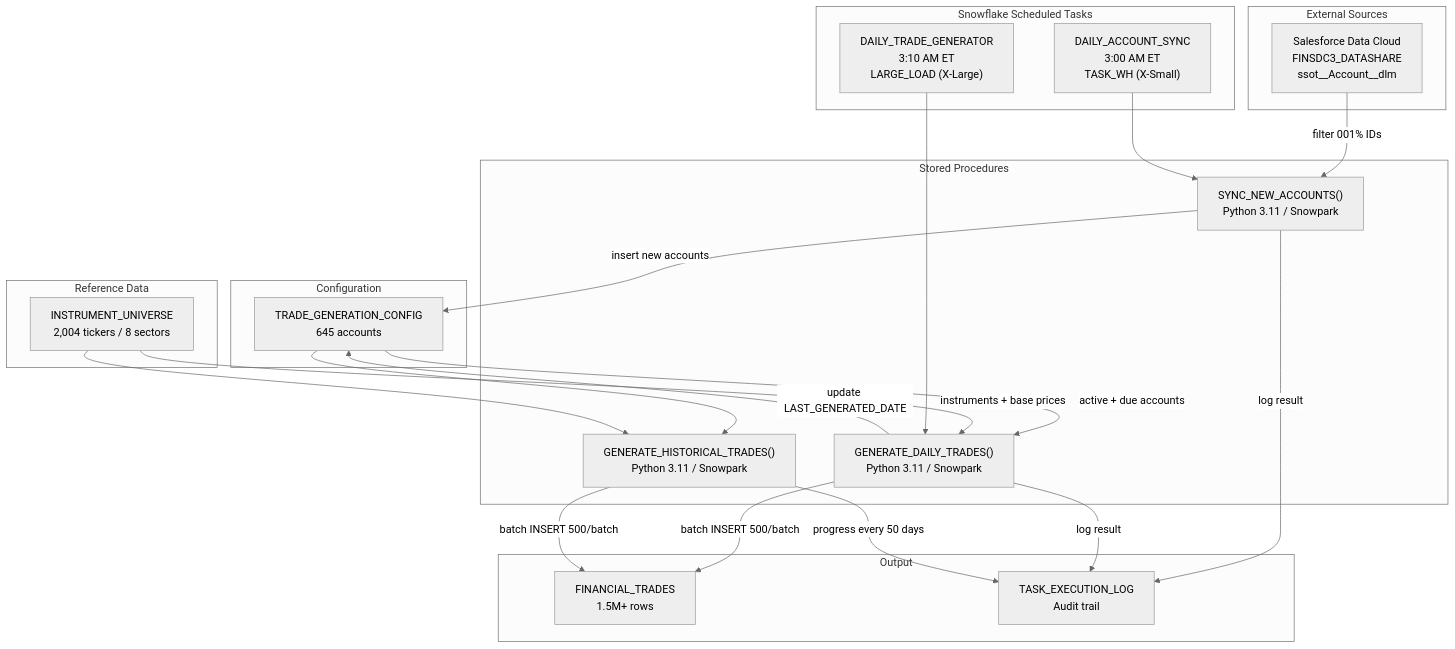
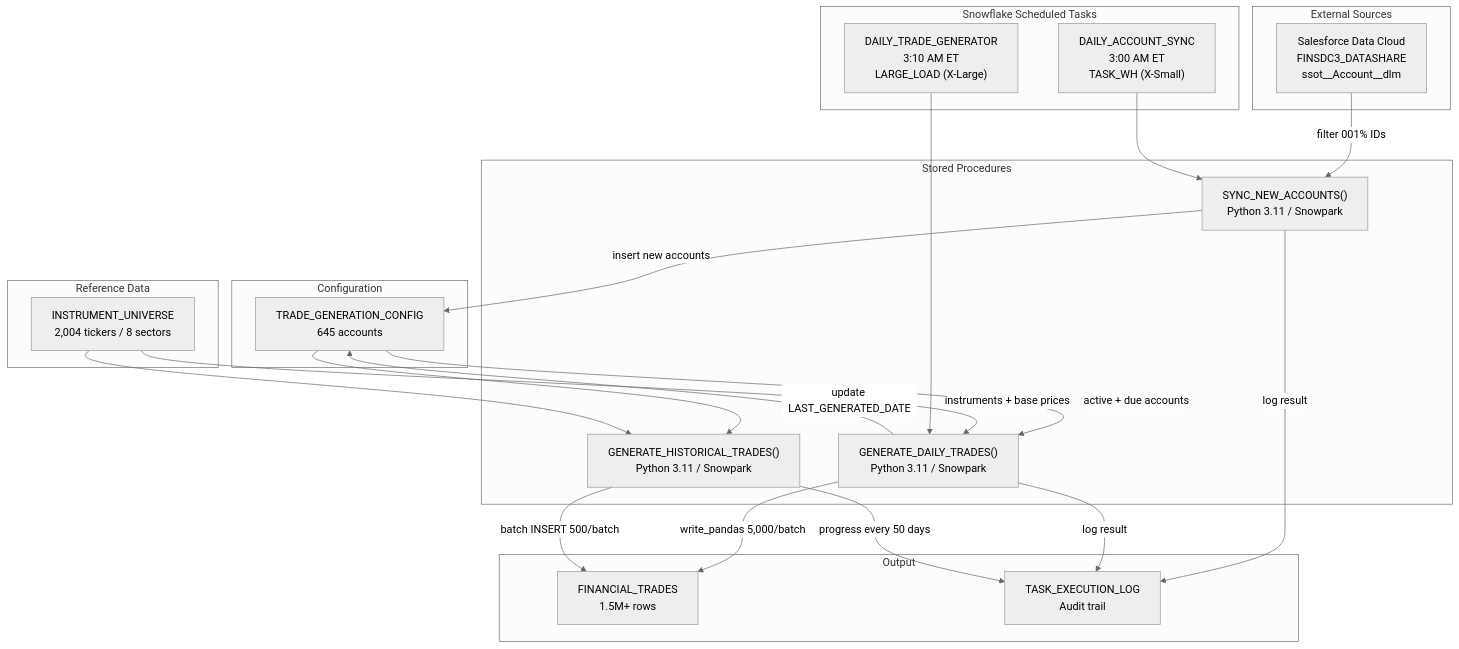
The second of 3 diagrams in Financial_Trades_Generation/docs/architecture.md (josers18/JDO), drawn with Mermaid (neutral theme) before and after one commit. The commit also changed other lines of this file and 2 other files, not shown here.

First line of the commit message:
perf(trades): load GENERATE_DAILY_TRADES batches with write_pandas

````diff
--- a/Financial_Trades_Generation/docs/architecture.md
+++ b/Financial_Trades_Generation/docs/architecture.md
@@ -61,47 +61,47 @@
 ```mermaid
 graph TB
     subgraph "External Sources"
         SF["Salesforce Data Cloud<br/>FINSDC3_DATASHARE<br/>ssot__Account__dlm"]
     end
 
     subgraph "Snowflake Scheduled Tasks"
         T1["DAILY_ACCOUNT_SYNC<br/>3:00 AM ET<br/>TASK_WH (X-Small)"]
         T2["DAILY_TRADE_GENERATOR<br/>3:10 AM ET<br/>LARGE_LOAD (X-Large)"]
     end
 
     subgraph "Stored Procedures"
         P1["SYNC_NEW_ACCOUNTS()<br/>Python 3.11 / Snowpark"]
         P2["GENERATE_DAILY_TRADES()<br/>Python 3.11 / Snowpark"]
         P3["GENERATE_HISTORICAL_TRADES()<br/>Python 3.11 / Snowpark"]
     end
 
     subgraph "Reference Data"
         IU["INSTRUMENT_UNIVERSE<br/>2,004 tickers / 8 sectors"]
     end
 
     subgraph "Configuration"
         CFG["TRADE_GENERATION_CONFIG<br/>645 accounts"]
     end
 
     subgraph "Output"
         FT["FINANCIAL_TRADES<br/>1.5M+ rows"]
         LOG["TASK_EXECUTION_LOG<br/>Audit trail"]
     end
 
     SF -->|"filter 001% IDs"| P1
     T1 --> P1
     P1 -->|"insert new accounts"| CFG
     P1 -->|"log result"| LOG
 
     CFG -->|"active + due accounts"| P2
     IU -->|"instruments + base prices"| P2
     T2 --> P2
-    P2 -->|"batch INSERT 500/batch"| FT
+    P2 -->|"write_pandas 5,000/batch"| FT
     P2 -->|"log result"| LOG
     P2 -->|"update LAST_GENERATED_DATE"| CFG
 
     CFG --> P3
     IU --> P3
     P3 -->|"batch INSERT 500/batch"| FT
     P3 -->|"progress every 50 days"| LOG
 ```
````
